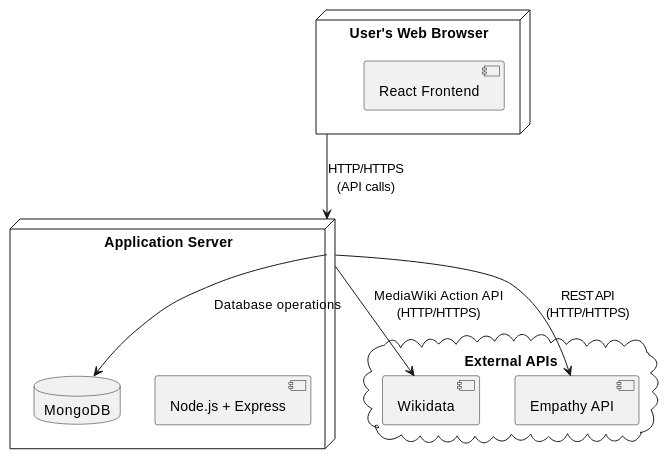
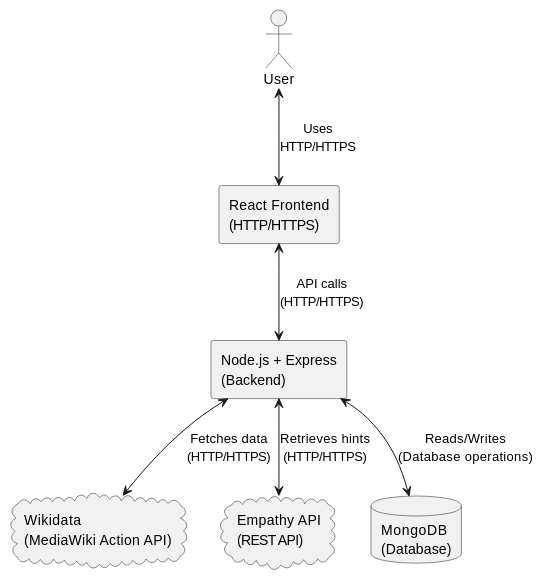
Before and after one commit to Arquisoft/wichat_en1b: the second of 2 diagrams in docs/src/03_context_and_scope.adoc, drawn with PlantUML. The commit also changed other lines of this file, not shown here.

Commit message:
Changed Technical Context diagram from 3D to 2D for better comprehension.

```diff
--- a/docs/src/03_context_and_scope.adoc
+++ b/docs/src/03_context_and_scope.adoc
@@ -66,21 +66,16 @@
 [plantuml,"Deployment Diagram",png]
 ----
-node "User's Web Browser" as Browser {
-  component "React Frontend" as React
-}
+actor User
 
-node "Application Server" as Server {
-  component "Node.js + Express" as Node
-  database "MongoDB" as MongoDB
-}
+rectangle "React Frontend\n(HTTP/HTTPS)" as React
+rectangle "Node.js + Express\n(Backend)" as Node
+cloud "Wikidata\n(MediaWiki Action API)" as Wikidata
+cloud "Empathy API\n(REST API)" as Empathy
+database "MongoDB\n(Database)" as MongoDB
 
-cloud "External APIs" as APIs {
-  component "Wikidata" as Wikidata
-  component "Empathy API" as Empathy
-}
-
-Browser --> Server : HTTP/HTTPS\n(API calls)
-Server --> Wikidata : MediaWiki Action API\n(HTTP/HTTPS)
-Server --> Empathy : REST API\n(HTTP/HTTPS)
-Server --> MongoDB : Database operations
+User <--> React : Uses\nHTTP/HTTPS
+React <--> Node : API calls\n(HTTP/HTTPS)
+Node <--> Wikidata : Fetches data\n(HTTP/HTTPS)
+Node <--> Empathy : Retrieves hints\n(HTTP/HTTPS)
+Node <--> MongoDB : Reads/Writes\n(Database operations)
 ----
```
